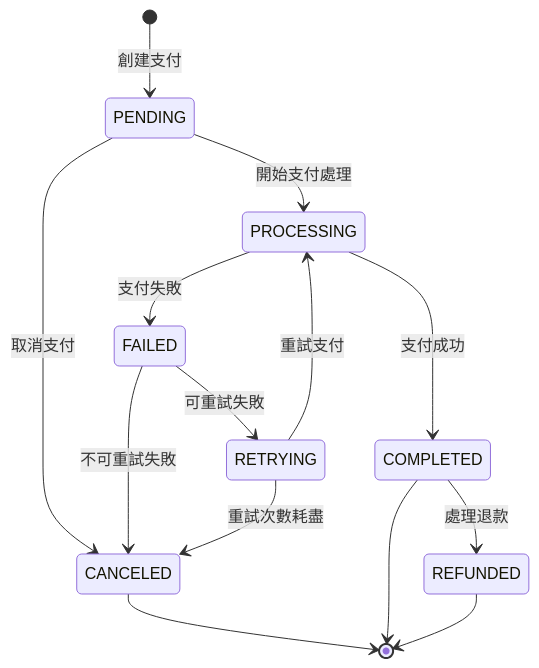
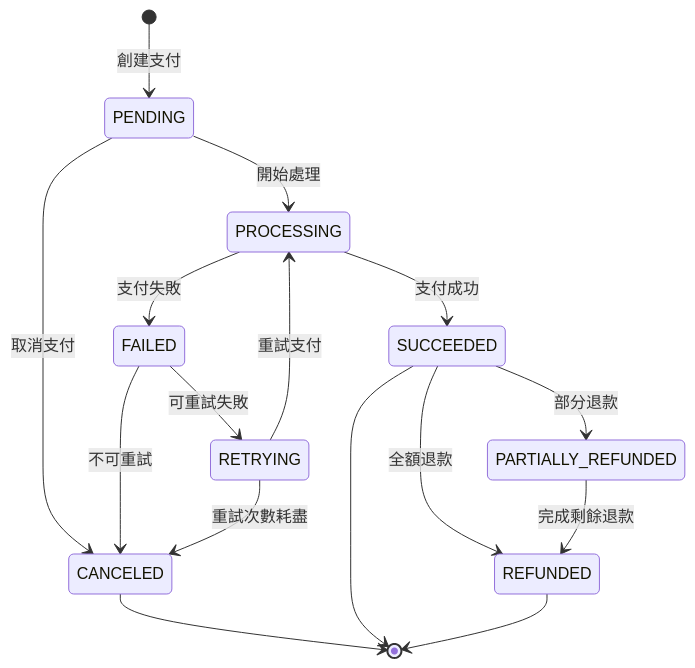
The second of 4 diagrams in docs/architecture/state-machine.md (xxxhand/auto-payment-sample), drawn with Mermaid before and after one commit. The commit also changed other lines of this file and 10 other files, not shown here.

````diff
--- a/docs/architecture/state-machine.md
+++ b/docs/architecture/state-machine.md
@@ -181,22 +186,24 @@
 ```mermaid
 stateDiagram-v2
   [*] --> PENDING : 創建支付
 
-  PENDING --> PROCESSING : 開始支付處理
+  PENDING --> PROCESSING : 開始處理
   PENDING --> CANCELED : 取消支付
 
-  PROCESSING --> COMPLETED : 支付成功
+  PROCESSING --> SUCCEEDED : 支付成功
   PROCESSING --> FAILED : 支付失敗
 
   FAILED --> RETRYING : 可重試失敗
-  FAILED --> CANCELED : 不可重試失敗
+  FAILED --> CANCELED : 不可重試
 
   RETRYING --> PROCESSING : 重試支付
   RETRYING --> CANCELED : 重試次數耗盡
 
-  COMPLETED --> REFUNDED : 處理退款
+  SUCCEEDED --> PARTIALLY_REFUNDED : 部分退款
+  SUCCEEDED --> REFUNDED : 全額退款
+  PARTIALLY_REFUNDED --> REFUNDED : 完成剩餘退款
 
   CANCELED --> [*]
-  COMPLETED --> [*]
+  SUCCEEDED --> [*]
   REFUNDED --> [*]
 ```
````
